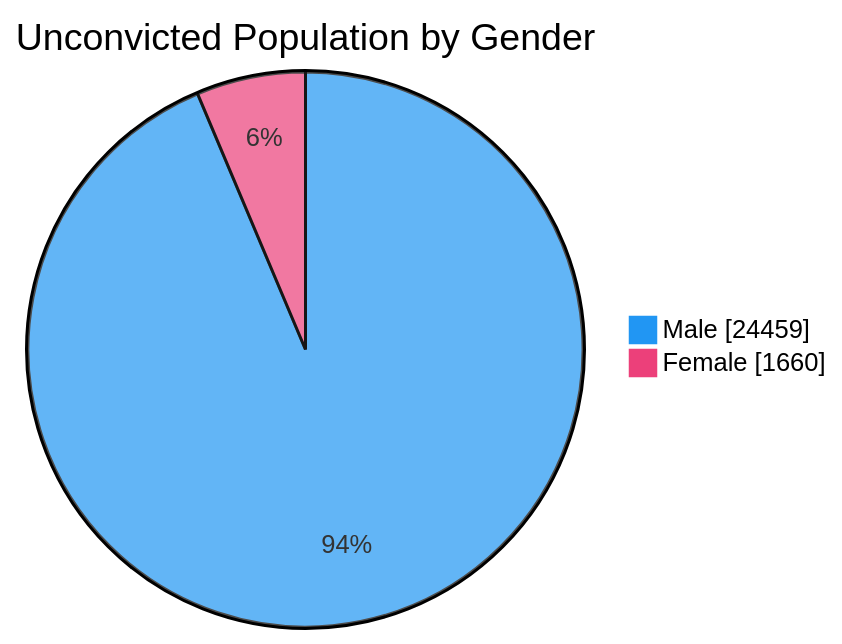
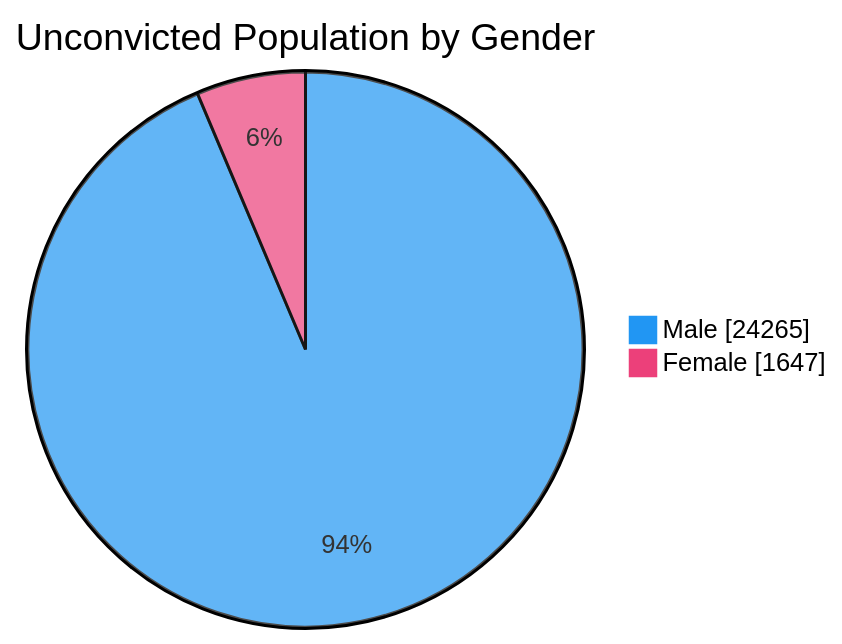
The fourth of 7 diagrams in README.md (nuuuwan/lk_prisons), drawn with Mermaid before and after one commit. The commit also changed other lines of this file and 1 other file, not shown here.

````diff
--- a/README.md
+++ b/README.md
@@ -76,6 +76,6 @@
 ```mermaid
 %%{init: {'themeVariables': {'pie1': '#2196F3', 'pie2': '#EC407A'}}}%%
 pie showData title Unconvicted Population by Gender
-    "Male" : 24459
-    "Female" : 1660
+    "Male" : 24265
+    "Female" : 1647
 ```
````
